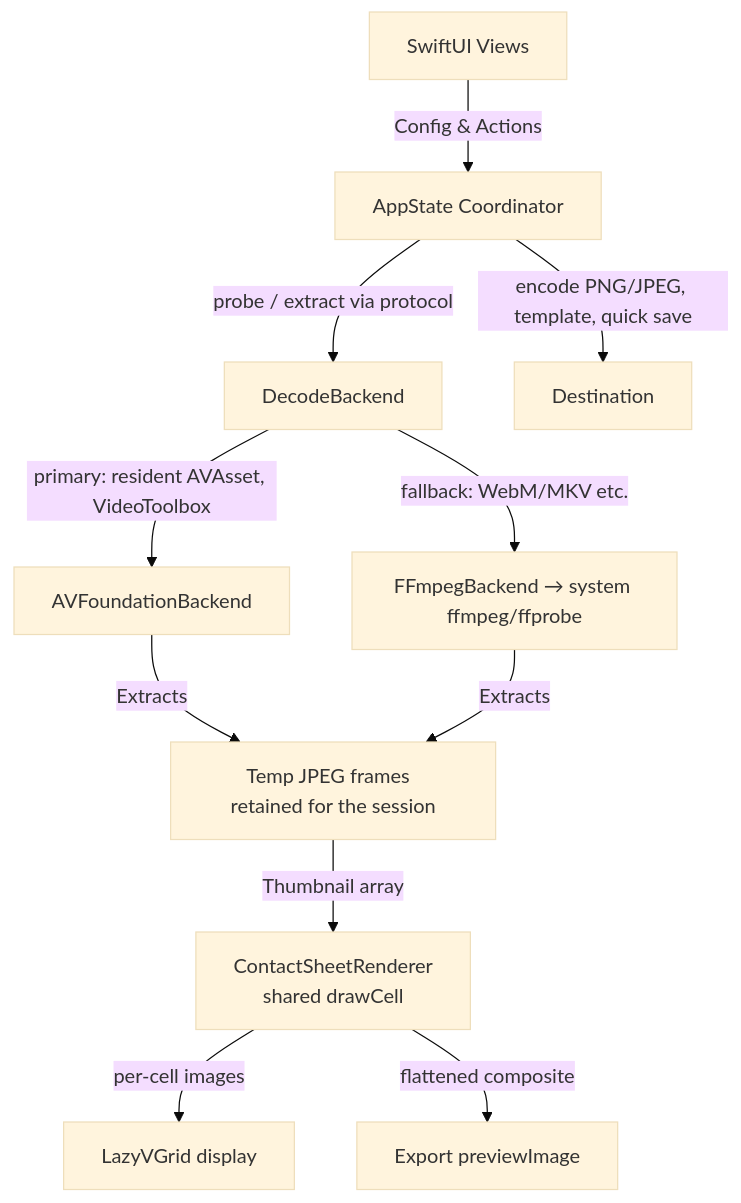
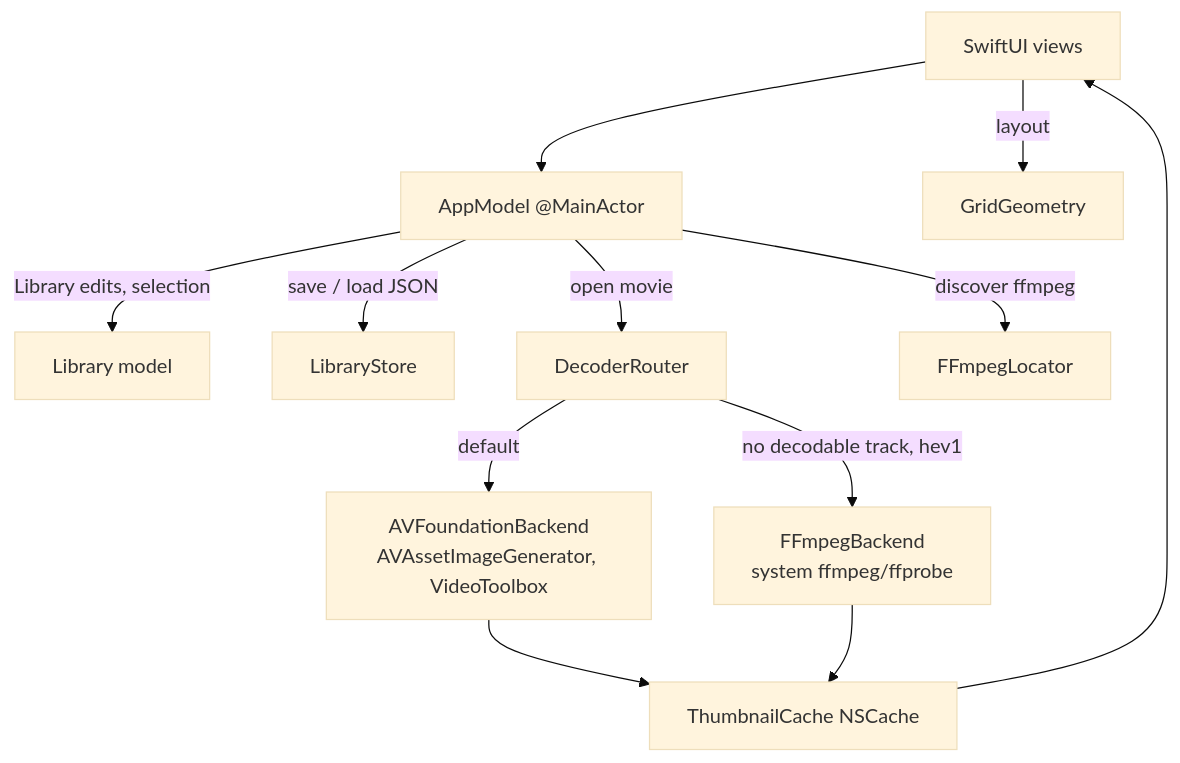
One commit to kni927/FrameSheet changed the diagram in docs/ARCHITECTURE.md. Above: the diagram before and after it, drawn with Mermaid (base theme). The commit also changed other lines of this file and 6 other files, not shown here.

````diff
--- a/docs/ARCHITECTURE.md
+++ b/docs/ARCHITECTURE.md
@@ -7,13 +11,14 @@
 ```mermaid
 graph TD
-    A[SwiftUI Views] -->|Config & Actions| B[AppState Coordinator]
-    B -->|probe / extract via protocol| P[DecodeBackend]
-    P -->|primary: resident AVAsset, VideoToolbox| AV[AVFoundationBackend]
-    P -->|fallback: WebM/MKV etc.| FF[FFmpegBackend → system ffmpeg/ffprobe]
-    AV -->|Extracts| E[Temp JPEG frames  retained for the session]
-    FF -->|Extracts| E
-    E -->|Thumbnail array| G[ContactSheetRenderer<br/>shared drawCell]
-    G -->|per-cell images| H[LazyVGrid display]
-    G -->|flattened composite| I[Export previewImage]
-    B -->|encode PNG/JPEG, template, quick save| F[Destination]
+    V[SwiftUI views] --> M[AppModel @MainActor]
+    M -->|Library edits, selection| L[Library model]
+    M -->|save / load JSON| S[LibraryStore]
+    M -->|open movie| R[DecoderRouter]
+    R -->|default| AV[AVFoundationBackend<br/>AVAssetImageGenerator, VideoToolbox]
+    R -->|no decodable track, hev1| FF[FFmpegBackend<br/>system ffmpeg/ffprobe]
+    M -->|discover ffmpeg| FL[FFmpegLocator]
+    AV --> C[ThumbnailCache NSCache]
+    FF --> C
+    C --> V
+    V -->|layout| G[GridGeometry]
 ```
````
